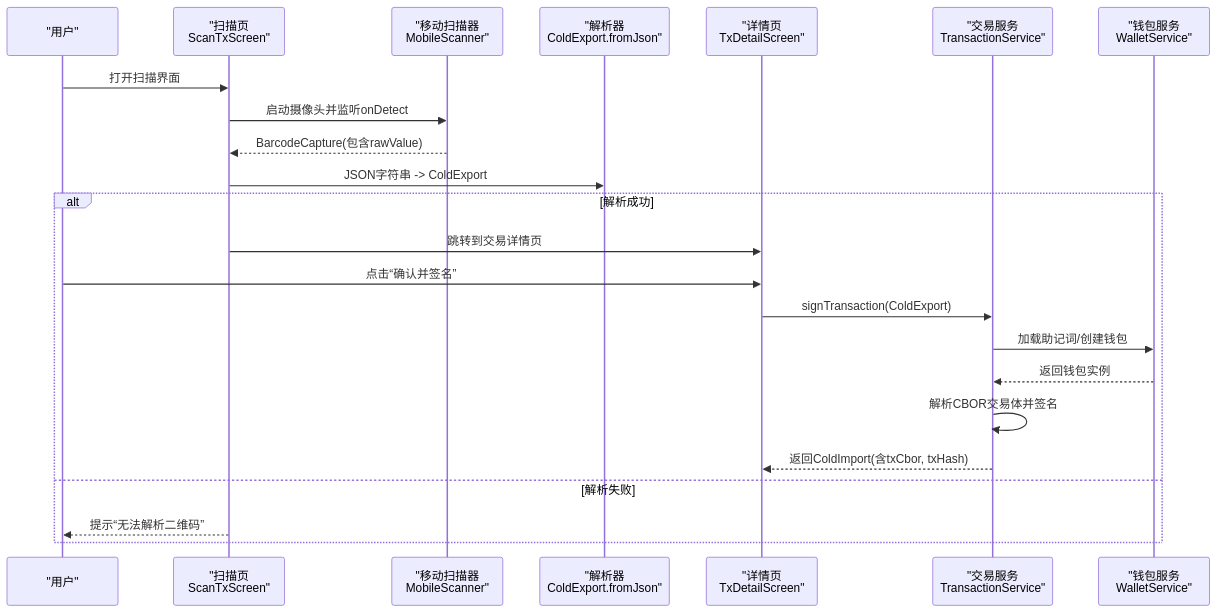
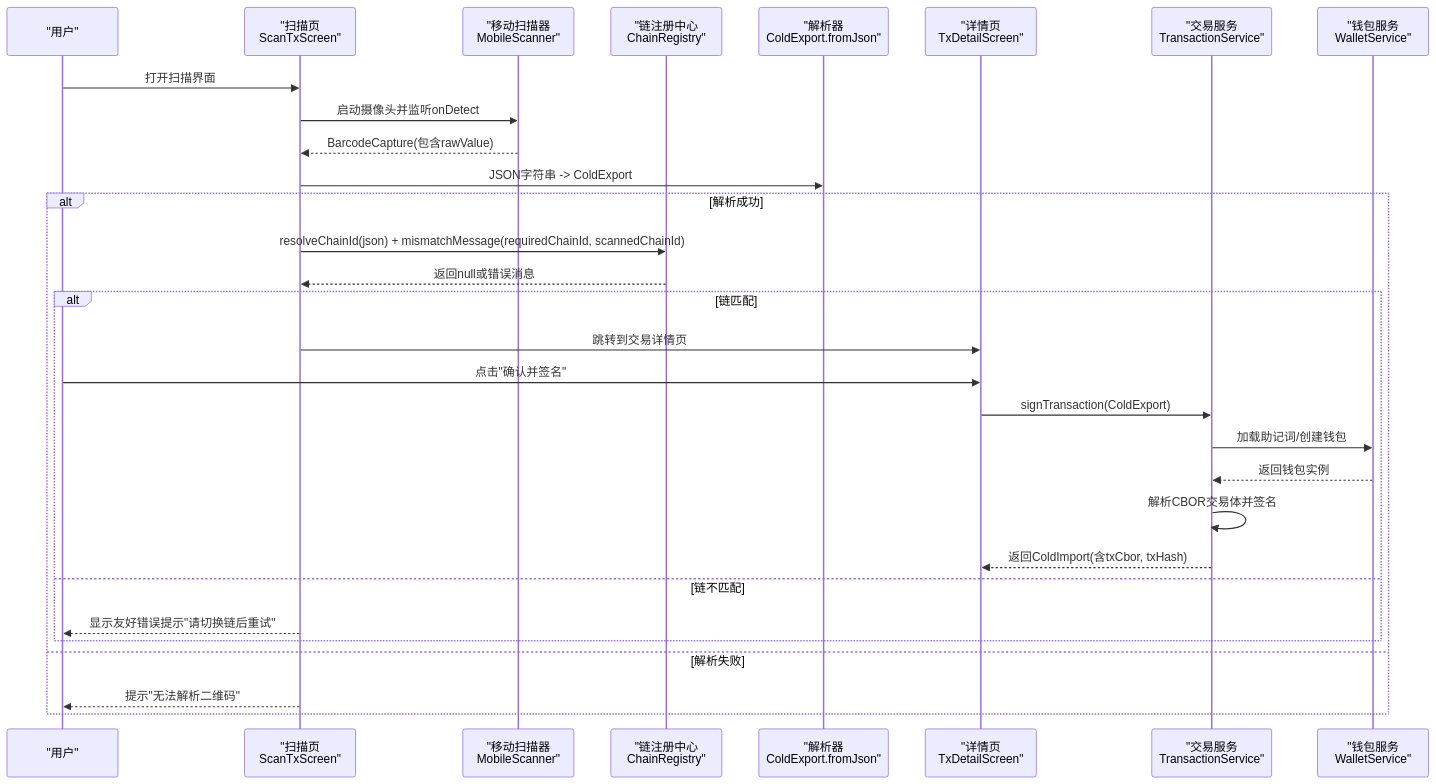
The second of 4 diagrams in .qoder/repowiki/zh/content/用户界面/冷钱包App界面/二维码扫描界面.md (EqualToEthan/stasis), drawn with Mermaid before and after one commit. The commit also changed other lines of this file and 40 other files, not shown here.

````diff
--- a/.qoder/repowiki/zh/content/用户界面/冷钱包App界面/二维码扫描界面.md
+++ b/.qoder/repowiki/zh/content/用户界面/冷钱包App界面/二维码扫描界面.md
@@ -75,25 +90,32 @@
 ```mermaid
 sequenceDiagram
 participant U as "用户"
 participant S as "扫描页<br/>ScanTxScreen"
 participant M as "移动扫描器<br/>MobileScanner"
+participant R as "链注册中心<br/>ChainRegistry"
 participant P as "解析器<br/>ColdExport.fromJson"
 participant D as "详情页<br/>TxDetailScreen"
 participant T as "交易服务<br/>TransactionService"
 participant W as "钱包服务<br/>WalletService"
 U->>S : 打开扫描界面
 S->>M : 启动摄像头并监听onDetect
 M-->>S : BarcodeCapture(包含rawValue)
 S->>P : JSON字符串 -> ColdExport
 alt 解析成功
+S->>R : resolveChainId(json) + mismatchMessage(requiredChainId, scannedChainId)
+R-->>S : 返回null或错误消息
+alt 链匹配
 S->>D : 跳转到交易详情页
-U->>D : 点击“确认并签名”
+U->>D : 点击"确认并签名"
 D->>T : signTransaction(ColdExport)
 T->>W : 加载助记词/创建钱包
 W-->>T : 返回钱包实例
 T->>T : 解析CBOR交易体并签名
 T-->>D : 返回ColdImport(含txCbor, txHash)
+else 链不匹配
+S-->>U : 显示友好错误提示"请切换链后重试"
+end
 else 解析失败
-S-->>U : 提示“无法解析二维码”
+S-->>U : 提示"无法解析二维码"
 end
 ```
````
